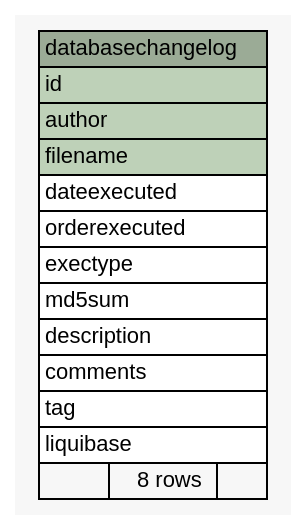
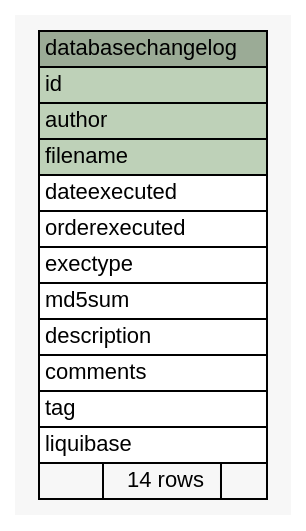
One commit to motech/ananya changed the diagram in ananya-report/build/schemaspy-output/diagrams/summary/databasechangelog.1degree.dot. Above: the diagram before and after it, drawn with Graphviz. The commit also changed 71 other files, not shown here.

Commit message:
sneha, sush, vijay|#00|generating schemaspy report for updated tables

```diff
--- a/ananya-report/build/schemaspy-output/diagrams/summary/databasechangelog.1degree.dot
+++ b/ananya-report/build/schemaspy-output/diagrams/summary/databasechangelog.1degree.dot
@@ -1,40 +1,40 @@
 // dot 2.26.3 on Linux 2.6.38-11-generic-pae
 // SchemaSpy rev 590
 digraph "databasechangelog" {
   graph [
     rankdir="RL"
     bgcolor="#f7f7f7"
     nodesep="0.18"
     ranksep="0.46"
     fontname="Helvetica"
     fontsize="11"
   ];
   node [
     fontname="Helvetica"
     fontsize="11"
     shape="plaintext"
   ];
   edge [
     arrowsize="0.8"
   ];
   "databasechangelog" [
     label=<
     <TABLE BORDER="0" CELLBORDER="1" CELLSPACING="0" BGCOLOR="#ffffff">
       <TR><TD COLSPAN="3" BGCOLOR="#9bab96" ALIGN="CENTER">databasechangelog</TD></TR>
       <TR><TD PORT="id" COLSPAN="3" BGCOLOR="#bed1b8" ALIGN="LEFT">id</TD></TR>
       <TR><TD PORT="author" COLSPAN="3" BGCOLOR="#bed1b8" ALIGN="LEFT">author</TD></TR>
       <TR><TD PORT="filename" COLSPAN="3" BGCOLOR="#bed1b8" ALIGN="LEFT">filename</TD></TR>
       <TR><TD PORT="dateexecuted" COLSPAN="3" ALIGN="LEFT">dateexecuted</TD></TR>
       <TR><TD PORT="orderexecuted" COLSPAN="3" ALIGN="LEFT">orderexecuted</TD></TR>
       <TR><TD PORT="exectype" COLSPAN="3" ALIGN="LEFT">exectype</TD></TR>
       <TR><TD PORT="md5sum" COLSPAN="3" ALIGN="LEFT">md5sum</TD></TR>
       <TR><TD PORT="description" COLSPAN="3" ALIGN="LEFT">description</TD></TR>
       <TR><TD PORT="comments" COLSPAN="3" ALIGN="LEFT">comments</TD></TR>
       <TR><TD PORT="tag" COLSPAN="3" ALIGN="LEFT">tag</TD></TR>
       <TR><TD PORT="liquibase" COLSPAN="3" ALIGN="LEFT">liquibase</TD></TR>
-      <TR><TD ALIGN="LEFT" BGCOLOR="#f7f7f7">  </TD><TD ALIGN="RIGHT" BGCOLOR="#f7f7f7">8 rows</TD><TD ALIGN="RIGHT" BGCOLOR="#f7f7f7">  </TD></TR>
+      <TR><TD ALIGN="LEFT" BGCOLOR="#f7f7f7">  </TD><TD ALIGN="RIGHT" BGCOLOR="#f7f7f7">14 rows</TD><TD ALIGN="RIGHT" BGCOLOR="#f7f7f7">  </TD></TR>
     </TABLE>>
     URL="tables/databasechangelog.html"
     tooltip="databasechangelog"
   ];
 }
```
